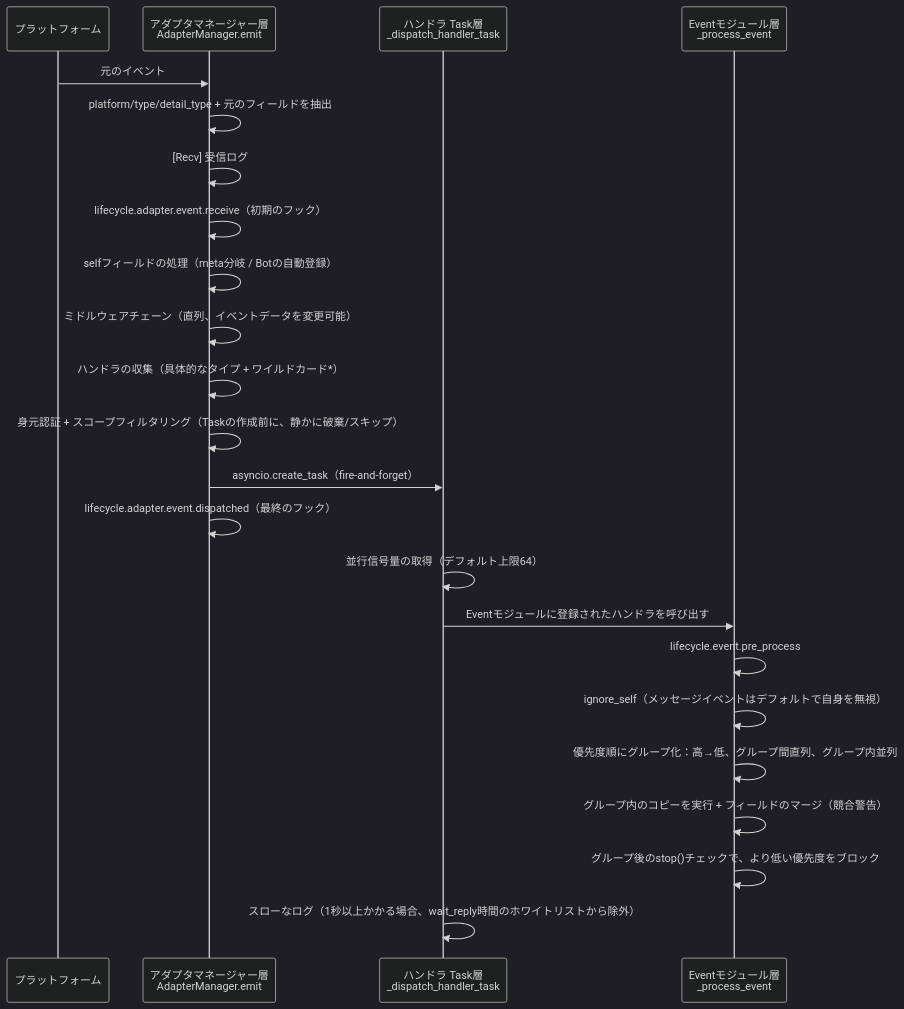
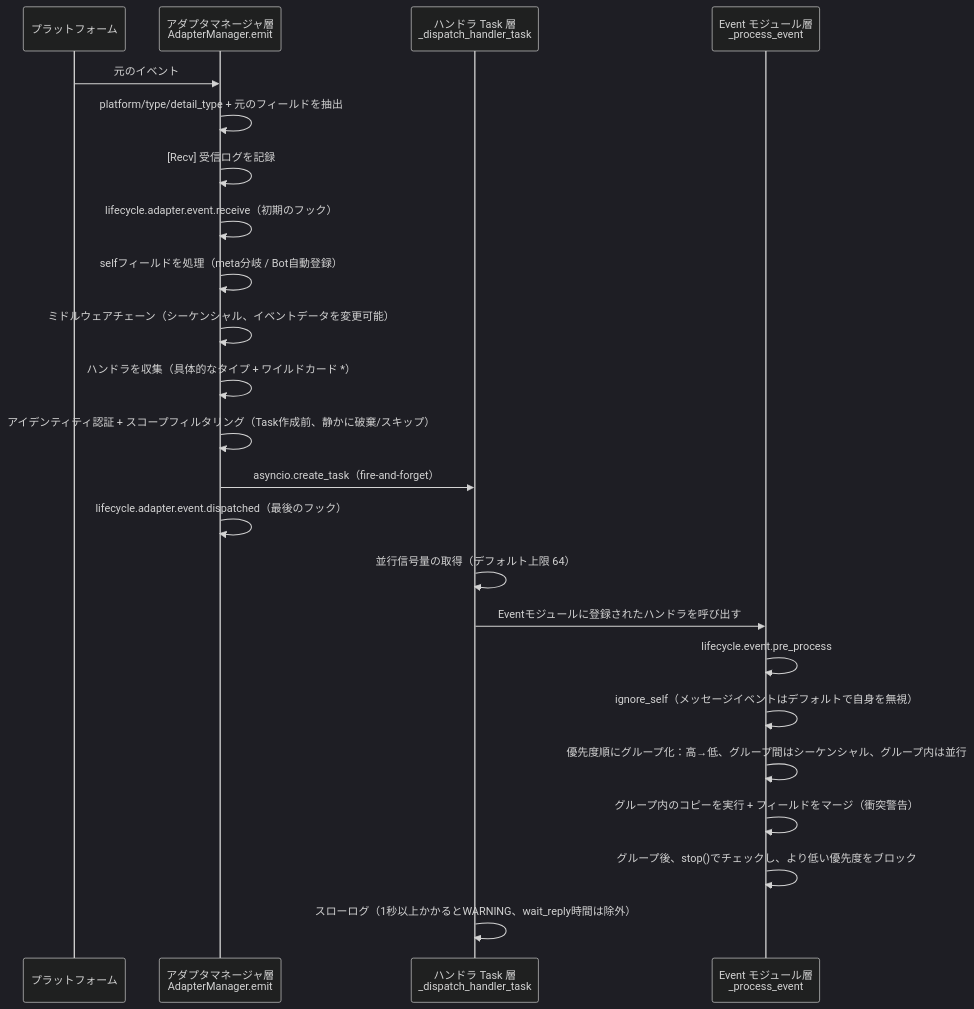
The fourth of 10 diagrams in docs/ja/architecture.md (ErisPulse/ErisPulse), drawn with Mermaid (dark theme) before and after one commit. The commit also changed other lines of this file and 83 other files, not shown here.

````diff
--- a/docs/ja/architecture.md
+++ b/docs/ja/architecture.md
@@ -109,26 +109,26 @@
 ```mermaid
 sequenceDiagram
     participant P as プラットフォーム
-    participant A as アダプタマネージャー層<br/>AdapterManager.emit
-    participant T as ハンドラ Task層<br/>_dispatch_handler_task
-    participant E as Eventモジュール層<br/>_process_event
+    participant A as アダプタマネージャ層<br/>AdapterManager.emit
+    participant T as ハンドラ Task 層<br/>_dispatch_handler_task
+    participant E as Event モジュール層<br/>_process_event
 
     P->>A: 元のイベント
     A->>A: platform/type/detail_type + 元のフィールドを抽出
-    A->>A: [Recv] 受信ログ
+    A->>A: [Recv] 受信ログを記録
     A->>A: lifecycle.adapter.event.receive（初期のフック）
-    A->>A: selfフィールドの処理（meta分岐 / Botの自動登録）
-    A->>A: ミドルウェアチェーン（直列、イベントデータを変更可能）
-    A->>A: ハンドラの収集（具体的なタイプ + ワイルドカード*）
-    A->>A: 身元認証 + スコープフィルタリング（Taskの作成前に、静かに破棄/スキップ）
+    A->>A: selfフィールドを処理（meta分岐 / Bot自動登録）
+    A->>A: ミドルウェアチェーン（シーケンシャル、イベントデータを変更可能）
+    A->>A: ハンドラを収集（具体的なタイプ + ワイルドカード *）
+    A->>A: アイデンティティ認証 + スコープフィルタリング（Task作成前、静かに破棄/スキップ）
     A->>T: asyncio.create_task（fire-and-forget）
-    A->>A: lifecycle.adapter.event.dispatched（最終のフック）
-    T->>T: 並行信号量の取得（デフォルト上限64）
+    A->>A: lifecycle.adapter.event.dispatched（最後のフック）
+    T->>T: 並行信号量の取得（デフォルト上限 64）
     T->>E: Eventモジュールに登録されたハンドラを呼び出す
     E->>E: lifecycle.event.pre_process
     E->>E: ignore_self（メッセージイベントはデフォルトで自身を無視）
-    E->>E: 優先度順にグループ化：高→低、グループ間直列、グループ内並列
-    E->>E: グループ内のコピーを実行 + フィールドのマージ（競合警告）
-    E->>E: グループ後のstop()チェックで、より低い優先度をブロック
-    T->>T: スローなログ（1秒以上かかる場合、wait_reply時間のホワイトリストから除外）
+    E->>E: 優先度順にグループ化：高→低、グループ間はシーケンシャル、グループ内は並行
+    E->>E: グループ内のコピーを実行 + フィールドをマージ（衝突警告）
+    E->>E: グループ後、stop()でチェックし、より低い優先度をブロック
+    T->>T: スローログ（1秒以上かかるとWARNING、wait_reply時間は除外）
 ```
````
